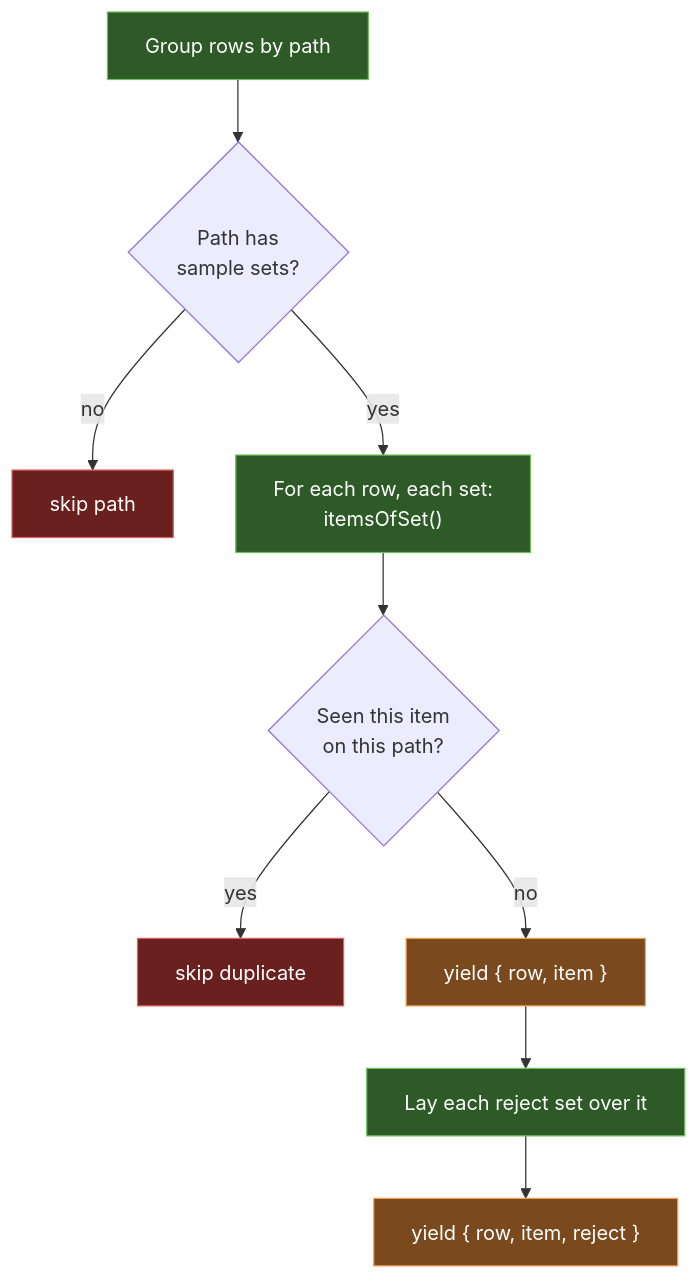
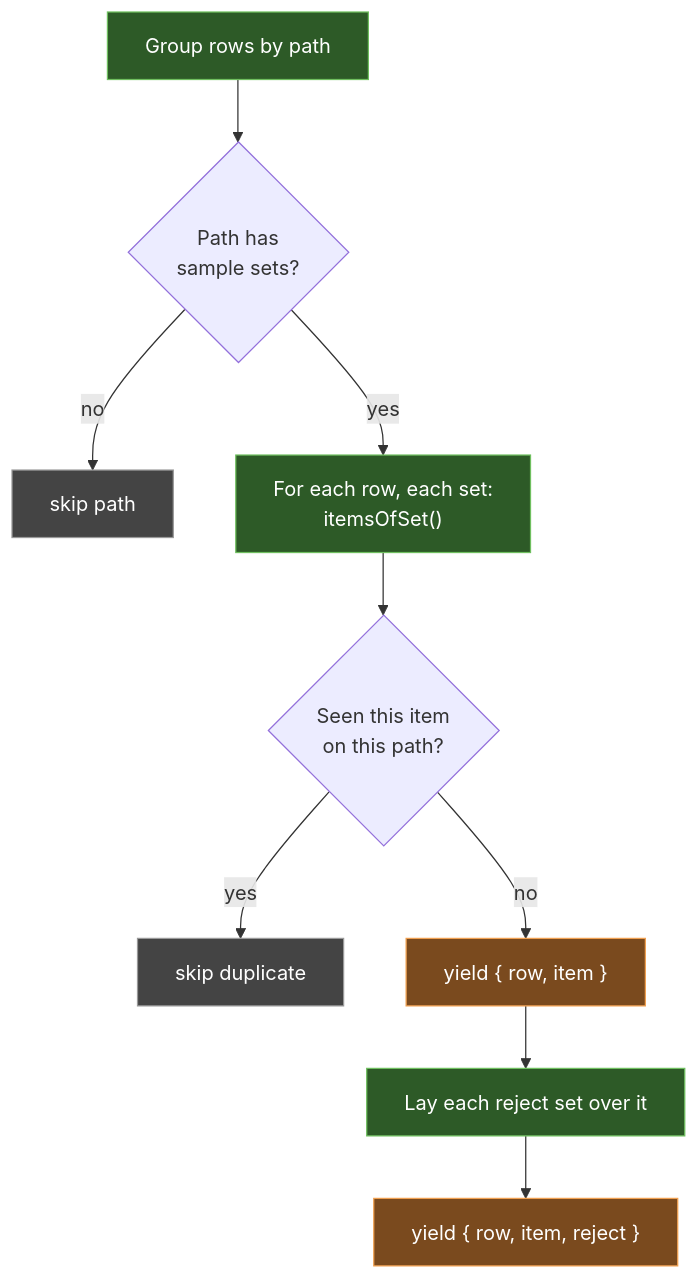
One commit to andreicaminschi/poe-stuff changed the third of 5 diagrams in docs/sample-validation.md. Above: the diagram before and after it, drawn with Mermaid. The commit also changed other lines of this file and 1 other file, not shown here.

````diff
--- a/docs/sample-validation.md
+++ b/docs/sample-validation.md
@@ -87,22 +101,22 @@
 ```mermaid
 flowchart TD
     classDef step fill:#2d5a27,stroke:#6fbf5f,color:#fff
-    classDef skip fill:#6b2020,stroke:#e06060,color:#fff
+    classDef skip fill:#444,stroke:#999,color:#fff
     classDef yield fill:#7a4a1e,stroke:#f0a050,color:#fff
 
     A["Group rows by path"]:::step
     B{"Path has<br/>sample sets?"}
     X["skip path"]:::skip
     C["For each row, each set:<br/>itemsOfSet()"]:::step
     D{"Seen this item<br/>on this path?"}
     X2["skip duplicate"]:::skip
     Y1["yield { row, item }"]:::yield
     E["Lay each reject set over it"]:::step
     Y2["yield { row, item, reject }"]:::yield
 
     A --> B
     B -- no --> X
     B -- yes --> C --> D
     D -- yes --> X2
     D -- no --> Y1 --> E --> Y2
 ```
````
